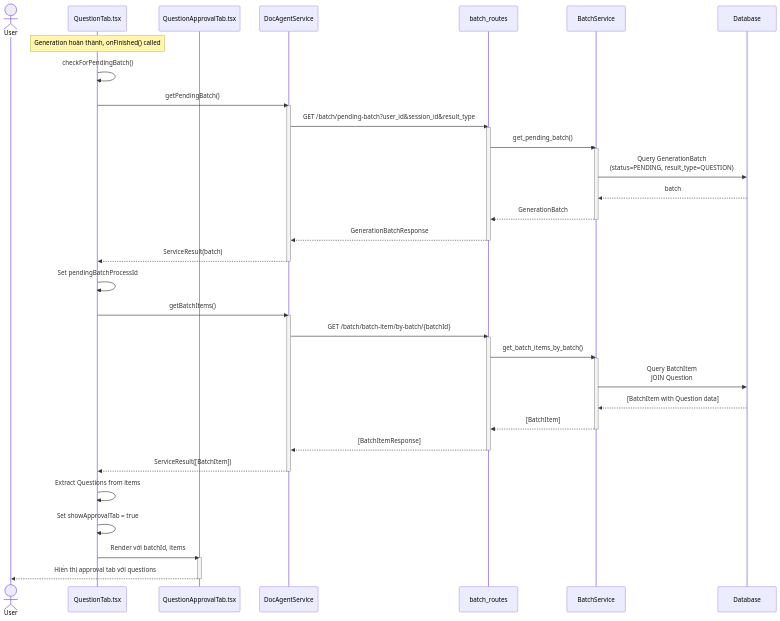
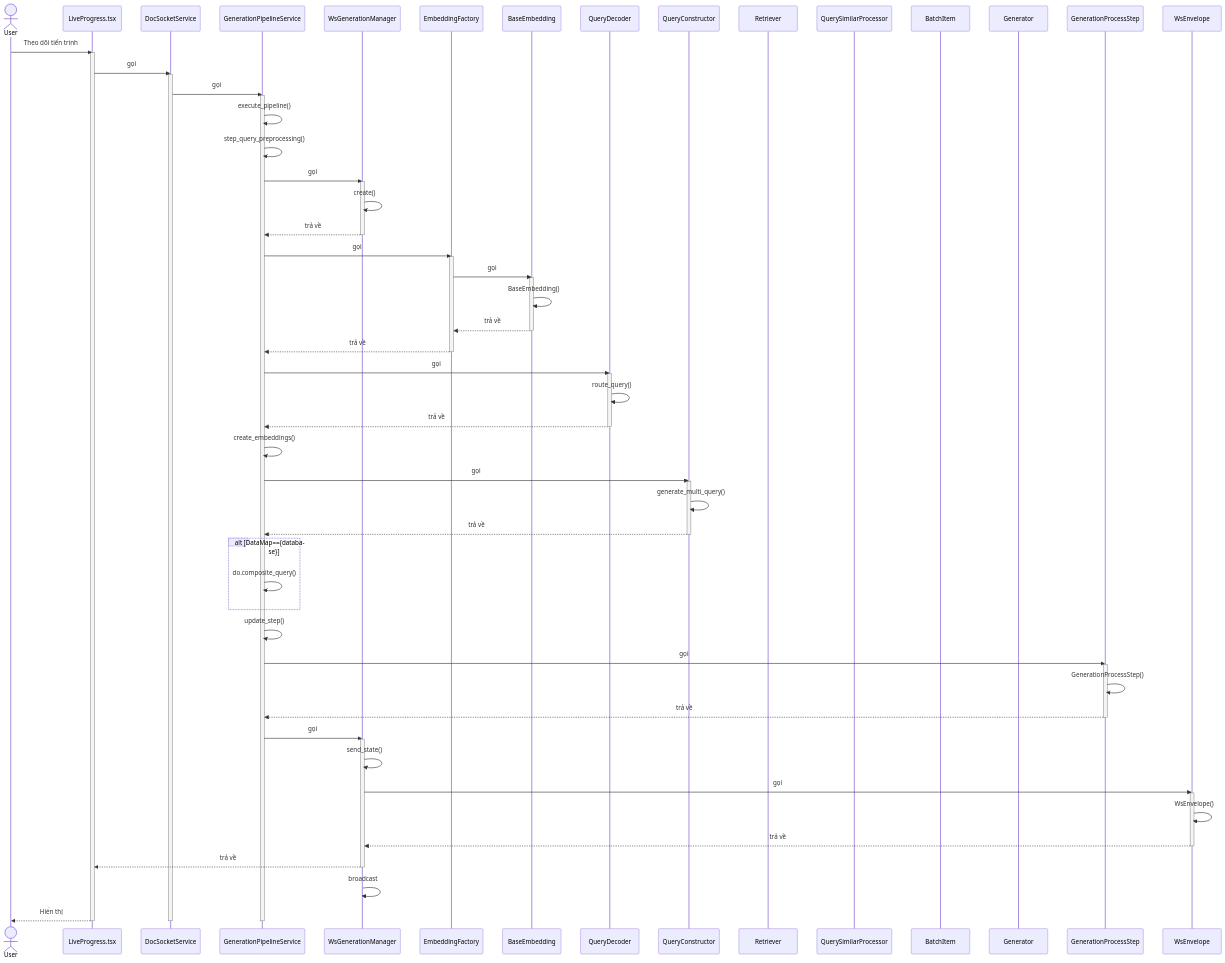
One commit to mduc-2610/gp_doc changed the seventh of 10 diagrams in generation/4_generation_batch_seq.md. Above: the diagram before and after it, drawn with Mermaid. The commit also changed other lines of this file and 34 other files, not shown here.

````diff
--- a/generation/4_generation_batch_seq.md
+++ b/generation/4_generation_batch_seq.md
@@ -771,57 +436,96 @@
 ```mermaid
 sequenceDiagram
     actor User
-    participant QuestionTab as QuestionTab.tsx
-    participant QuestionApprovalTab as QuestionApprovalTab.tsx
-    participant DocAgentService as DocAgentService
-    participant BatchRoutes as batch_routes
-    participant BatchService as BatchService
-    participant DB as Database
+    participant LiveProgress as LiveProgress.tsx
+    participant DocSocketService as DocSocketService
+    participant GenerationPipelineService as GenerationPipelineService
+    participant WsGenerationManager as WsGenerationManager
+    participant EmbeddingFactory as EmbeddingFactory
+    participant BaseEmbedding as BaseEmbedding
+    participant QueryDecoder as QueryDecoder
+    participant QueryConstructor as QueryConstructor
+    participant Retriever as Retriever
+    participant QuerySimilarProcessor as QuerySimilarProcessor
+    participant BatchItem as BatchItem
+    participant Generator as Generator
+    participant GenerationProcessStep as GenerationProcessStep
+    participant WsEnvelope as WsEnvelope
 
-    Note over QuestionTab: Generation hoàn thành, onFinished() called
+    User->>LiveProgress: Theo dõi tiến trình
+    activate LiveProgress
     
-    QuestionTab->>QuestionTab: checkForPendingBatch()
-    QuestionTab->>DocAgentService: getPendingBatch()
-    activate DocAgentService
-    DocAgentService->>BatchRoutes: GET /batch/pending-batch?user_id&session_id&result_type
-    activate BatchRoutes
+    LiveProgress->>DocSocketService: gọi
+    activate DocSocketService
     
-    BatchRoutes->>BatchService: get_pending_batch()
-    activate BatchService
-    BatchService->>DB: Query GenerationBatch<br/>(status=PENDING, result_type=QUESTION)
-    DB-->>BatchService: batch
-    BatchService-->>BatchRoutes: GenerationBatch
-    deactivate BatchService
+    DocSocketService->>GenerationPipelineService: gọi
+    activate GenerationPipelineService
     
-    BatchRoutes-->>DocAgentService: GenerationBatchResponse
-    deactivate BatchRoutes
-    DocAgentService-->>QuestionTab: ServiceResult(batch)
-    deactivate DocAgentService
+    GenerationPipelineService->>GenerationPipelineService: execute_pipeline()
+    GenerationPipelineService->>GenerationPipelineService: step_query_preprocessing()
+    GenerationPipelineService->>WsGenerationManager: gọi
+    activate WsGenerationManager
     
-    QuestionTab->>QuestionTab: Set pendingBatchProcessId
+    WsGenerationManager->>WsGenerationManager: create()
+    WsGenerationManager-->>GenerationPipelineService: trả về
+    deactivate WsGenerationManager
     
-    QuestionTab->>DocAgentService: getBatchItems()
-    activate DocAgentService
-    DocAgentService->>BatchRoutes: GET /batch/batch-item/by-batch/{batchId}
-    activate BatchRoutes
+    GenerationPipelineService->>EmbeddingFactory: gọi
+    activate EmbeddingFactory
     
-    BatchRoutes->>BatchService: get_batch_items_by_batch()
-    activate BatchService
-    BatchService->>DB: Query BatchItem<br/>JOIN Question
-    DB-->>BatchService: [BatchItem with Question data]
-    BatchService-->>BatchRoutes: [BatchItem]
-    deactivate BatchService
+    EmbeddingFactory->>BaseEmbedding: gọi
+    activate BaseEmbedding
     
-    BatchRoutes-->>DocAgentService: [BatchItemResponse]
-    deactivate BatchRoutes
-    DocAgentService-->>QuestionTab: ServiceResult([BatchItem])
-    deactivate DocAgentService
+    BaseEmbedding->>BaseEmbedding: BaseEmbedding()
+    BaseEmbedding-->>EmbeddingFactory: trả về
+    deactivate BaseEmbedding
     
-    QuestionTab->>QuestionTab: Extract Questions from items
-    QuestionTab->>QuestionTab: Set showApprovalTab = true
+    EmbeddingFactory-->>GenerationPipelineService: trả về
+    deactivate EmbeddingFactory
     
-    QuestionTab->>QuestionApprovalTab: Render với batchId, items
-    activate QuestionApprovalTab
-    QuestionApprovalTab-->>User: Hiển thị approval tab với questions
-    deactivate QuestionApprovalTab
+    GenerationPipelineService->>QueryDecoder: gọi
+    activate QueryDecoder
+    
+    QueryDecoder->>QueryDecoder: route_query()
+    QueryDecoder-->>GenerationPipelineService: trả về
+    deactivate QueryDecoder
+    
+    GenerationPipelineService->>GenerationPipelineService: create_embeddings()
+    GenerationPipelineService->>QueryConstructor: gọi
+    activate QueryConstructor
+    
+    QueryConstructor->>QueryConstructor: generate_multi_query()
+    QueryConstructor-->>GenerationPipelineService: trả về
+    deactivate QueryConstructor
+    
+    alt DataMap=={database}
+        GenerationPipelineService->>GenerationPipelineService: do.composite_query()
+    end
+    
+    GenerationPipelineService->>GenerationPipelineService: update_step()
+    GenerationPipelineService->>GenerationProcessStep: gọi
+    activate GenerationProcessStep
+    
+    GenerationProcessStep->>GenerationProcessStep: GenerationProcessStep()
+    GenerationProcessStep-->>GenerationPipelineService: trả về
+    deactivate GenerationProcessStep
+    
+    GenerationPipelineService->>WsGenerationManager: gọi
+    activate WsGenerationManager
+    
+    WsGenerationManager->>WsGenerationManager: send_state()
+    WsGenerationManager->>WsEnvelope: gọi
+    activate WsEnvelope
+    
+    WsEnvelope->>WsEnvelope: WsEnvelope()
+    WsEnvelope-->>WsGenerationManager: trả về
+    deactivate WsEnvelope
+    
+    WsGenerationManager-->>LiveProgress: trả về
+    deactivate WsGenerationManager
+    
+    WsGenerationManager->>WsGenerationManager: broadcast
+    LiveProgress-->>User: Hiển thị
+    deactivate GenerationPipelineService
+    deactivate DocSocketService
+    deactivate LiveProgress
 ```
````
